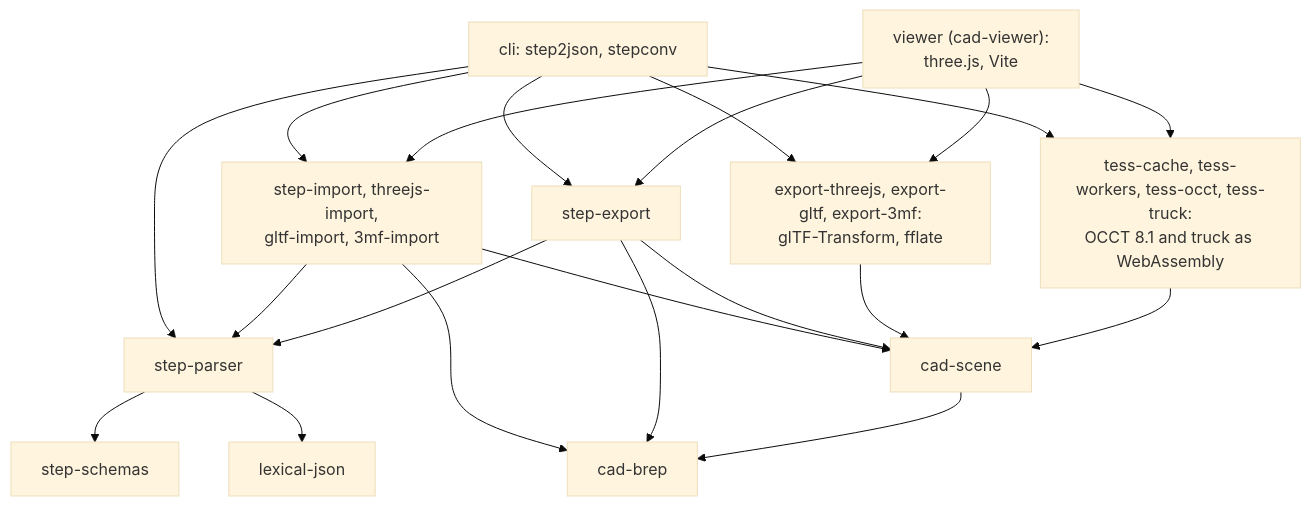
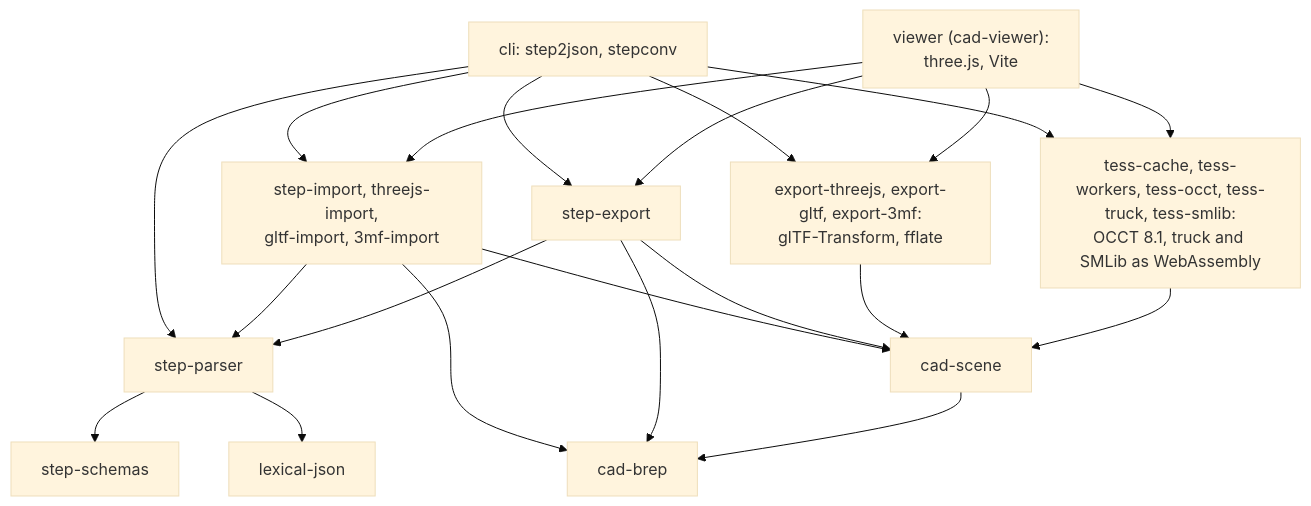
One commit to martyvona/cad-io-js changed the first of 6 diagrams in README.md. Above: the diagram before and after it, drawn with Mermaid (base theme). The commit also changed other lines of this file and 23 other files, not shown here.

````diff
--- a/README.md
+++ b/README.md
@@ -427,20 +429,20 @@
 ```mermaid
 flowchart TD
   cli["cli: step2json, stepconv"]
   viewer["viewer (cad-viewer):<br/>three.js, Vite"]
   imp["step-import, threejs-import,<br/>gltf-import, 3mf-import"]
   sexp["step-export"]
   exp["export-threejs, export-gltf, export-3mf:<br/>glTF-Transform, fflate"]
-  tess["tess-cache, tess-workers, tess-occt, tess-truck:<br/>OCCT 8.1 and truck as WebAssembly"]
+  tess["tess-cache, tess-workers, tess-occt, tess-truck, tess-smlib:<br/>OCCT 8.1, truck and SMLib as WebAssembly"]
   scene["cad-scene"]
   brep["cad-brep"]
   parser["step-parser"]
   schemas["step-schemas"]
   ljson["lexical-json"]
   cli & viewer --> imp & sexp & exp & tess
   cli --> parser
   imp & sexp --> parser & brep
   imp & sexp & exp & tess --> scene
   scene --> brep
   parser --> schemas & ljson
 ```
````
